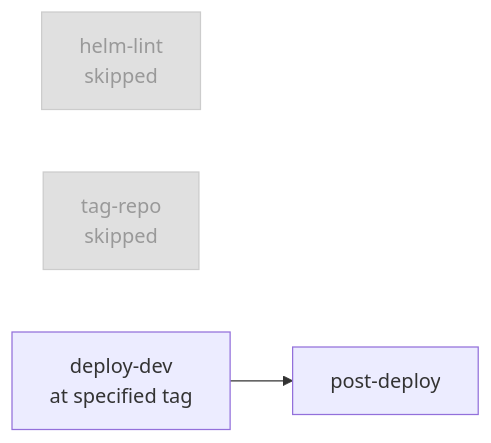
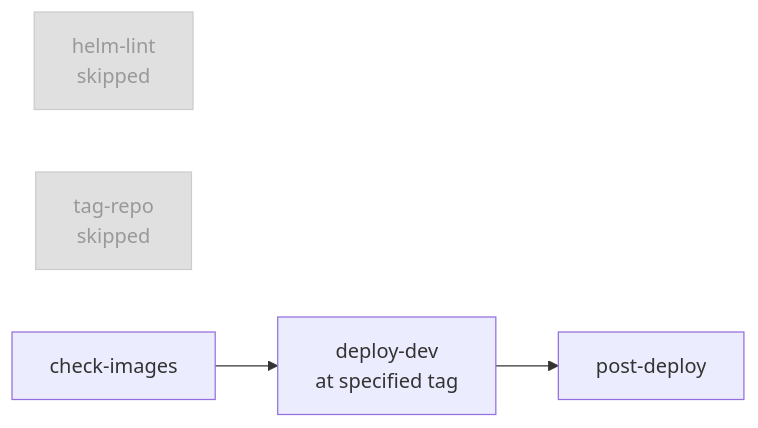
Before and after one commit to entur/otp2int-deployment-config: the third of 3 diagrams in README.md, drawn with Mermaid. The commit also changed other lines of this file and 6 other files, not shown here.

````diff
--- a/README.md
+++ b/README.md
@@ -121,12 +169,13 @@
 ```mermaid
 flowchart LR
     SKIP1[helm-lint\nskipped]:::skipped
     SKIP2[tag-repo\nskipped]:::skipped
+    CHK[check-images]
     DEP[deploy-dev\nat specified tag]
     POST[post-deploy]
 
     SKIP1 & SKIP2
-    DEP --> POST
+    CHK --> DEP --> POST
 
     classDef skipped fill:#e0e0e0,color:#999,stroke:#ccc
 ```
````
